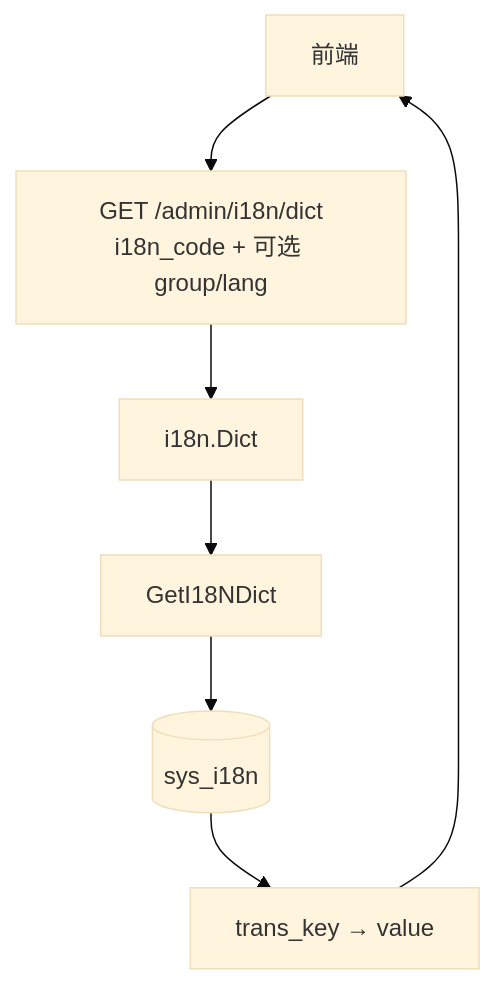
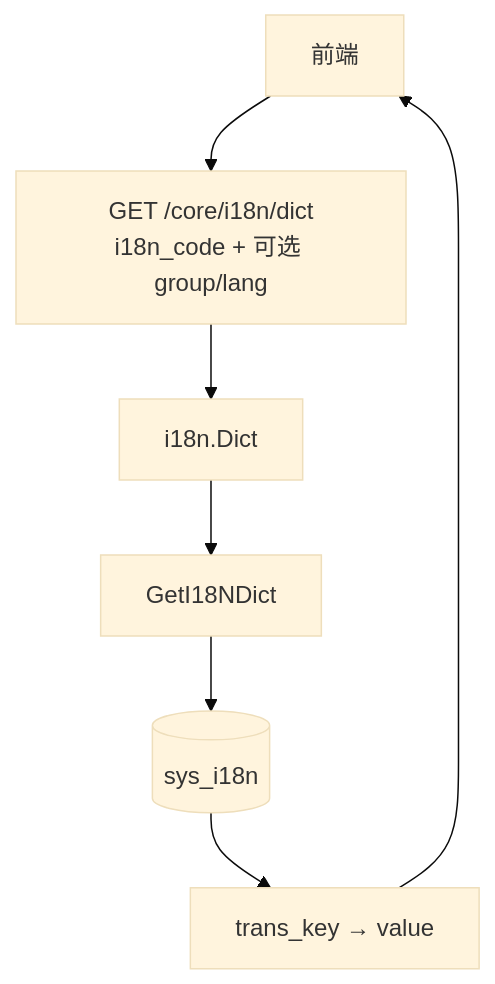
Before and after one commit to ns9ryan/p9-mirror: the fifth of 7 diagrams in core/docs/i18n.md, drawn with Mermaid (base theme). The commit also changed other lines of this file and 98 other files, not shown here.

````diff
--- a/core/docs/i18n.md
+++ b/core/docs/i18n.md
@@ -144,11 +144,11 @@
 ```mermaid
 flowchart TB
   FE["前端"]
-  API["GET /admin/i18n/dict<br/>i18n_code + 可选 group/lang"]
+  API["GET /core/i18n/dict<br/>i18n_code + 可选 group/lang"]
   D["i18n.Dict"]
   RPC["GetI18NDict"]
   DB[("sys_i18n")]
   Map["trans_key → value"]
 
   FE --> API --> D --> RPC --> DB --> Map --> FE
 ```
````
